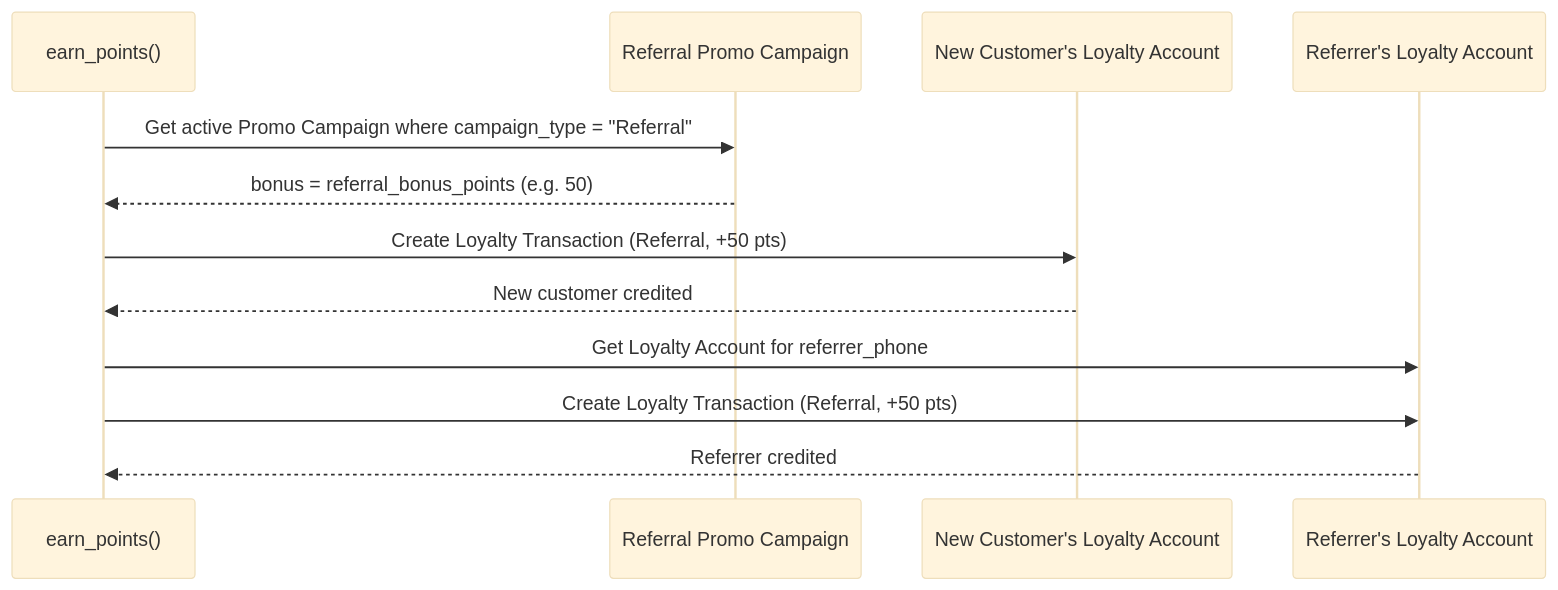
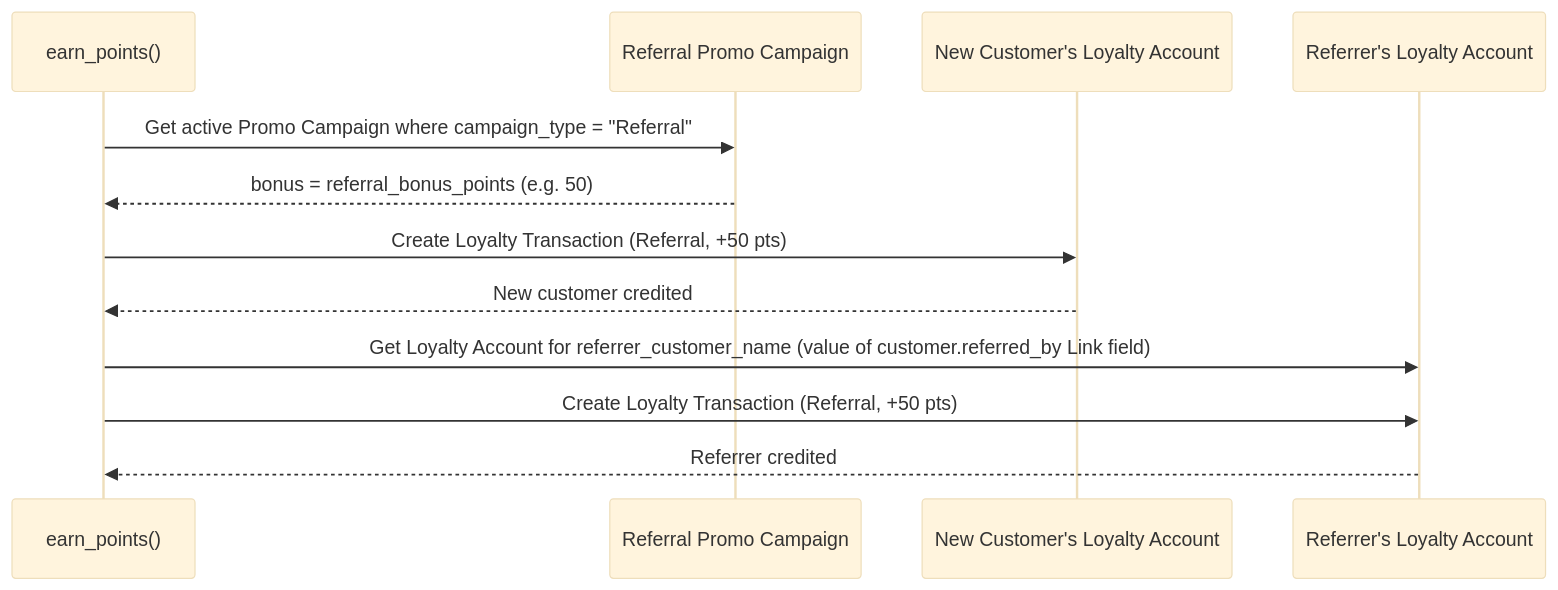
The fourth of 4 diagrams in Documents/Spinly/02 - Loyalty & Gamification/Business Logic.md (SumanthUdupi/Spinly), drawn with Mermaid (base theme) before and after one commit. The commit also changed other lines of this file and 2 other files, not shown here.

````diff
--- a/Documents/Spinly/02 - Loyalty & Gamification/Business Logic.md
+++ b/Documents/Spinly/02 - Loyalty & Gamification/Business Logic.md
@@ -150,15 +150,15 @@
 ```mermaid
 sequenceDiagram
     participant NE as earn_points()
     participant RC as Referral Promo Campaign
     participant NA as New Customer's Loyalty Account
     participant RA as Referrer's Loyalty Account
 
     NE->>RC: Get active Promo Campaign where campaign_type = "Referral"
     RC-->>NE: bonus = referral_bonus_points (e.g. 50)
     NE->>NA: Create Loyalty Transaction (Referral, +50 pts)
     NA-->>NE: New customer credited
-    NE->>RA: Get Loyalty Account for referrer_phone
+    NE->>RA: Get Loyalty Account for referrer_customer_name (value of customer.referred_by Link field)
     NE->>RA: Create Loyalty Transaction (Referral, +50 pts)
     RA-->>NE: Referrer credited
 ```
````
